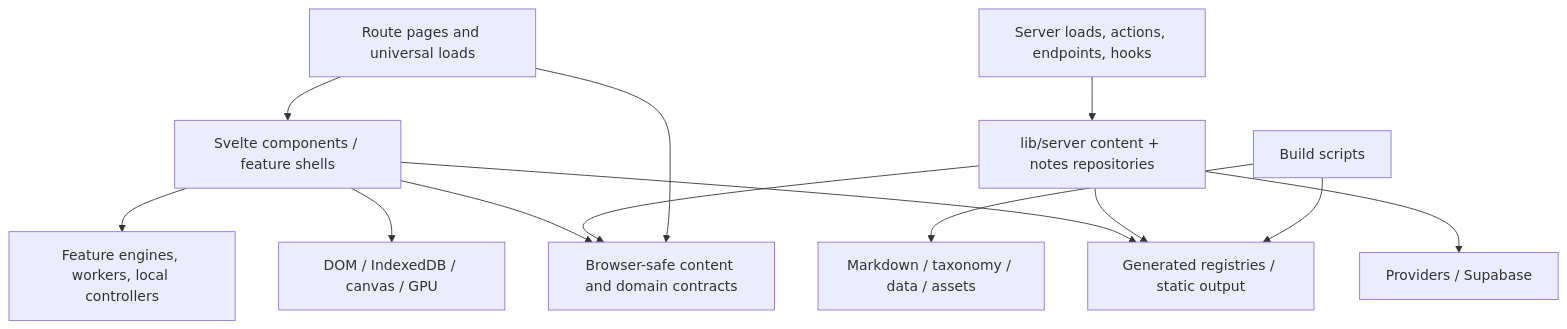
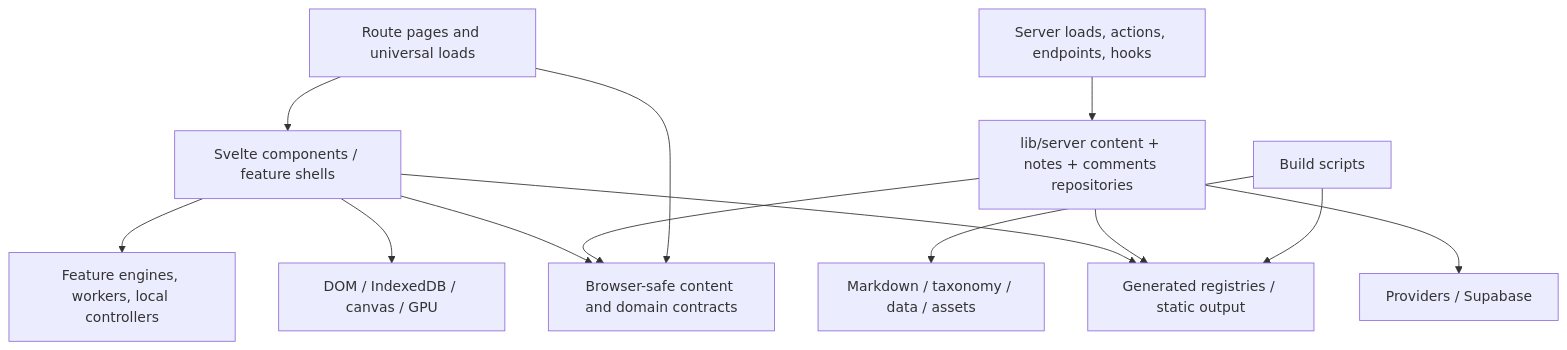
One commit to suvrotica/suvroghosh-in changed diagram 23 of 23 in docs/architecture/ARCHITECTURE.md. Above: the diagram before and after it, drawn with Mermaid. The commit also changed other lines of this file and 36 other files, not shown here.

````diff
--- a/docs/architecture/ARCHITECTURE.md
+++ b/docs/architecture/ARCHITECTURE.md
@@ -1025,15 +1150,15 @@
 ```mermaid
 flowchart TB
     Routes["Route pages and universal loads"] --> UI["Svelte components / feature shells"]
     Routes --> Contracts["Browser-safe content and domain contracts"]
-    ServerRoutes["Server loads, actions, endpoints, hooks"] --> Server["lib/server content + notes repositories"]
+    ServerRoutes["Server loads, actions, endpoints, hooks"] --> Server["lib/server content + notes + comments repositories"]
     Server --> Contracts
     Server --> Backend["Providers / Supabase"]
     UI --> Contracts
     UI --> Models["Feature engines, workers, local controllers"]
     UI --> Browser["DOM / IndexedDB / canvas / GPU"]
     Scripts["Build scripts"] --> Sources["Markdown / taxonomy / data / assets"]
     Scripts --> Generated["Generated registries / static output"]
     Server --> Generated
     UI --> Generated
 ```
````
